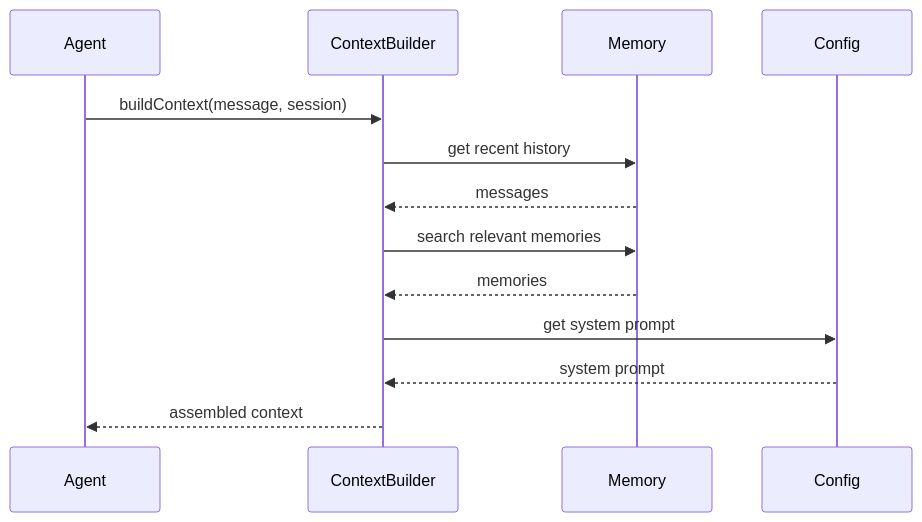
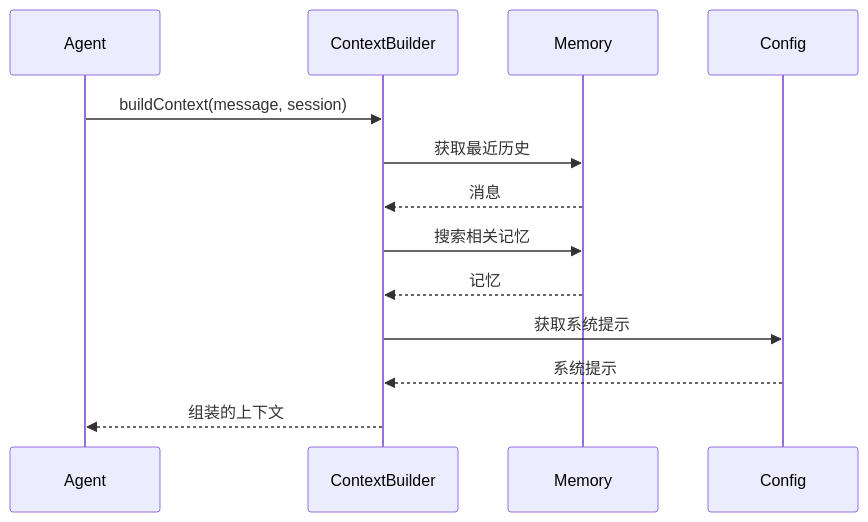
One commit to a576378368/openclaw_docs changed the fourth of 6 diagrams in docs/zh/architecture-book/part-4-gateway-protocol/03-message-flow.md. Above: the diagram before and after it, drawn with Mermaid. The commit also changed other lines of this file and 4 other files, not shown here.

````diff
--- a/docs/zh/architecture-book/part-4-gateway-protocol/03-message-flow.md
+++ b/docs/zh/architecture-book/part-4-gateway-protocol/03-message-flow.md
@@ -205,16 +205,16 @@
 ```mermaid
 sequenceDiagram
     participant Agent
     participant ContextBuilder
     participant Memory
     participant Config
 
     Agent->>ContextBuilder: buildContext(message, session)
-    ContextBuilder->>Memory: get recent history
-    Memory-->>ContextBuilder: messages
-    ContextBuilder->>Memory: search relevant memories
-    Memory-->>ContextBuilder: memories
-    ContextBuilder->>Config: get system prompt
-    Config-->>ContextBuilder: system prompt
-    ContextBuilder-->>Agent: assembled context
+    ContextBuilder->>Memory: 获取最近历史
+    Memory-->>ContextBuilder: 消息
+    ContextBuilder->>Memory: 搜索相关记忆
+    Memory-->>ContextBuilder: 记忆
+    ContextBuilder->>Config: 获取系统提示
+    Config-->>ContextBuilder: 系统提示
+    ContextBuilder-->>Agent: 组装的上下文
 ```
````
